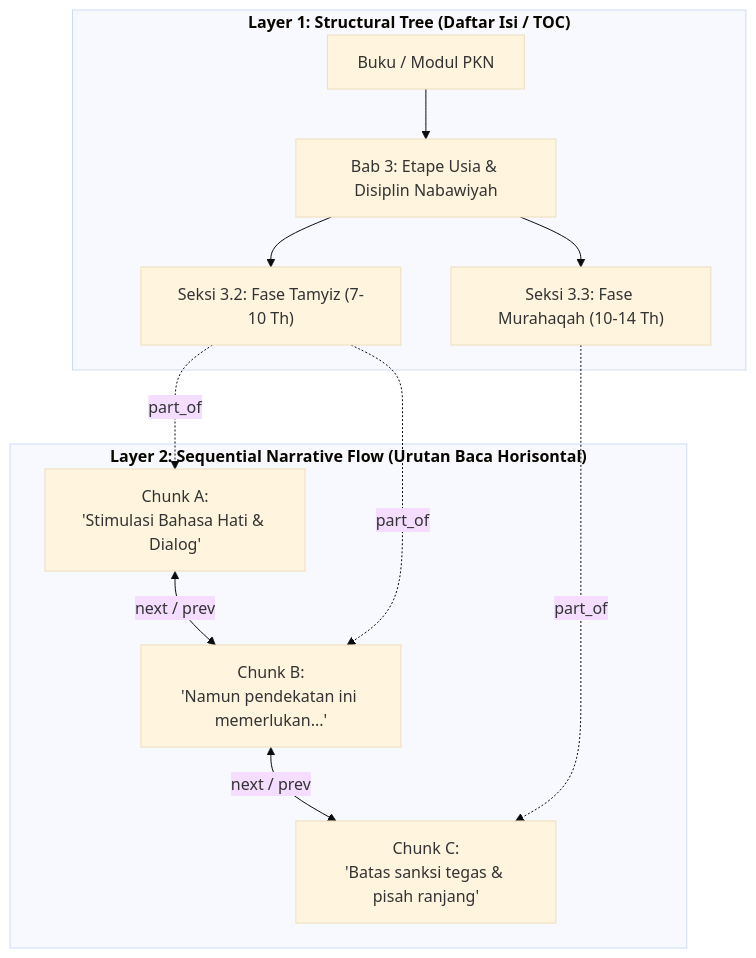
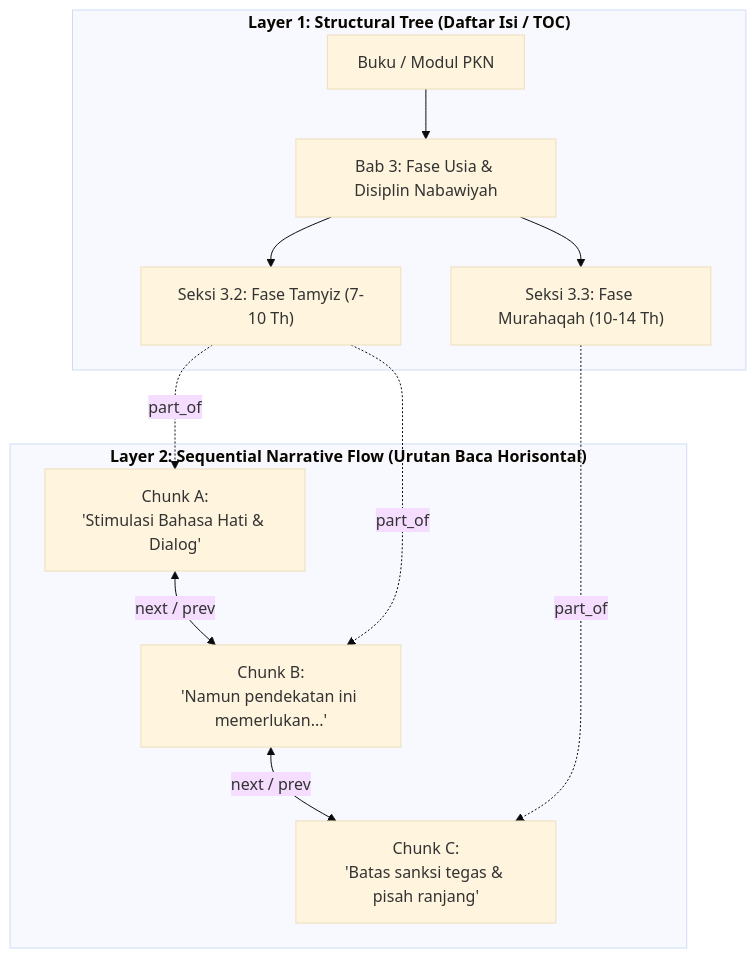
Before and after one commit to decaller/wiki-pkn: the third of 3 diagrams in pipeline_designs/README.md, drawn with Mermaid (base theme). The commit also changed other lines of this file and 456 other files, not shown here.

````diff
--- a/pipeline_designs/README.md
+++ b/pipeline_designs/README.md
@@ -213,24 +213,24 @@
 ```mermaid
 flowchart TD
     subgraph L1["<b>Layer 1: Structural Tree (Daftar Isi / TOC)</b>"]
         Doc["Buku / Modul PKN"]
-        Ch["Bab 3: Etape Usia & Disiplin Nabawiyah"]
+        Ch["Bab 3: Fase Usia & Disiplin Nabawiyah"]
         Sec1["Seksi 3.2: Fase Tamyiz (7-10 Th)"]
         Sec2["Seksi 3.3: Fase Murahaqah (10-14 Th)"]
         Doc --> Ch
         Ch --> Sec1 & Sec2
     end
 
     subgraph L2["<b>Layer 2: Sequential Narrative Flow (Urutan Baca Horisontal)</b>"]
         C1["Chunk A:<br/>'Stimulasi Bahasa Hati & Dialog'"]
         C2["Chunk B:<br/>'Namun pendekatan ini memerlukan...'"]
         C3["Chunk C:<br/>'Batas sanksi tegas & pisah ranjang'"]
         
         C1 <-- next / prev --> C2
         C2 <-- next / prev --> C3
     end
 
     Sec1 -.->|part_of| C1
     Sec1 -.->|part_of| C2
     Sec2 -.->|part_of| C3
 ```
````
